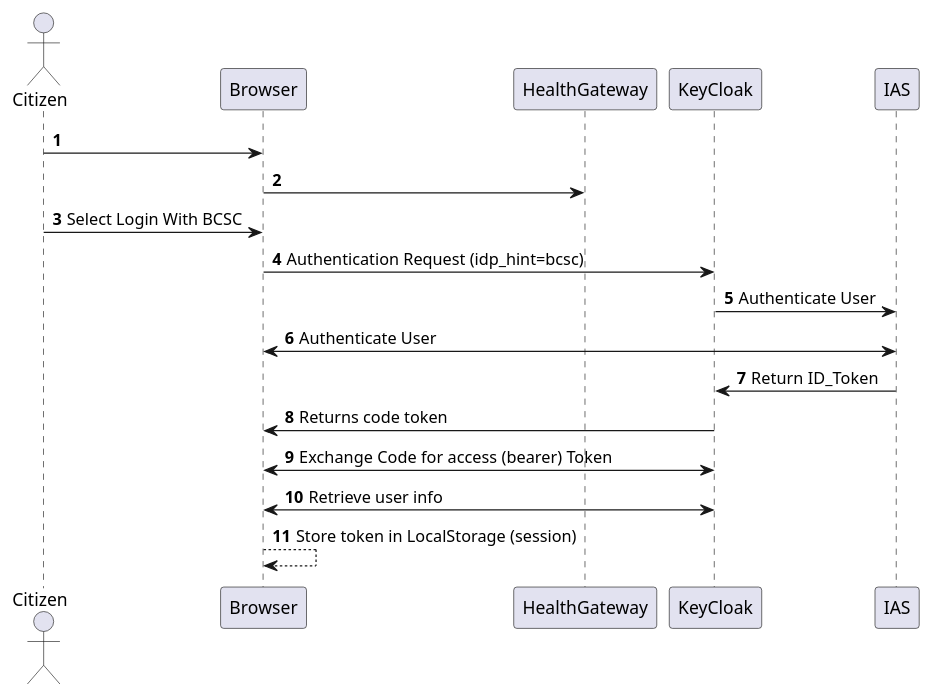
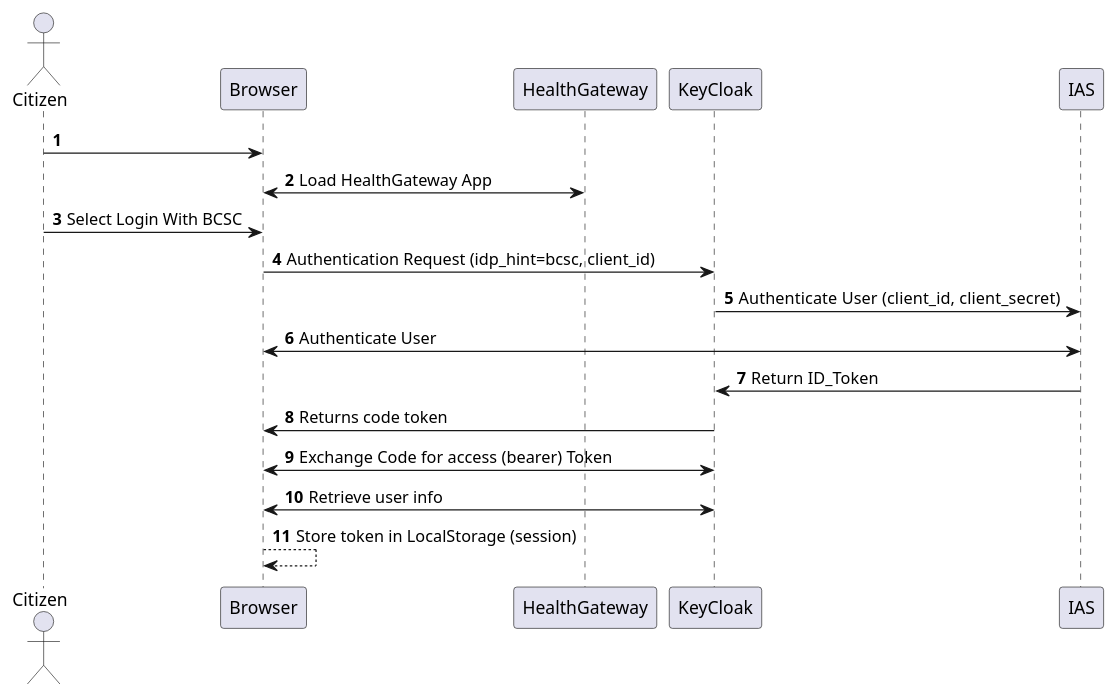
The diagram in docs/diagrams/src/BCSC_OIDC_Flow.puml (bcgov/healthgateway), drawn with PlantUML before and after one commit. The commit also changed 2 other files, not shown here.

Commit message:
Updated Arhitecture flows for Auth.

```diff
--- a/docs/diagrams/src/BCSC_OIDC_Flow.puml
+++ b/docs/diagrams/src/BCSC_OIDC_Flow.puml
@@ -1,15 +1,15 @@
 @startuml BCSC_OIDC_Flow
 autonumber
     actor Citizen
     Citizen -> Browser
-    Browser -> HealthGateway
+    Browser <-> HealthGateway : Load HealthGateway App
     Citizen -> Browser : Select Login With BCSC
-    Browser -> KeyCloak : Authentication Request (idp_hint=bcsc)
-    KeyCloak -> IAS : Authenticate User
+    Browser -> KeyCloak : Authentication Request (idp_hint=bcsc, client_id)
+    KeyCloak -> IAS : Authenticate User  (client_id, client_secret)
     Browser <-> IAS : Authenticate User
     IAS -> KeyCloak : Return ID_Token
     KeyCloak -> Browser : Returns code token
     Browser <-> KeyCloak : Exchange Code for access (bearer) Token
     Browser <-> KeyCloak : Retrieve user info
     Browser --> Browser : Store token in LocalStorage (session)
 @enduml
```
